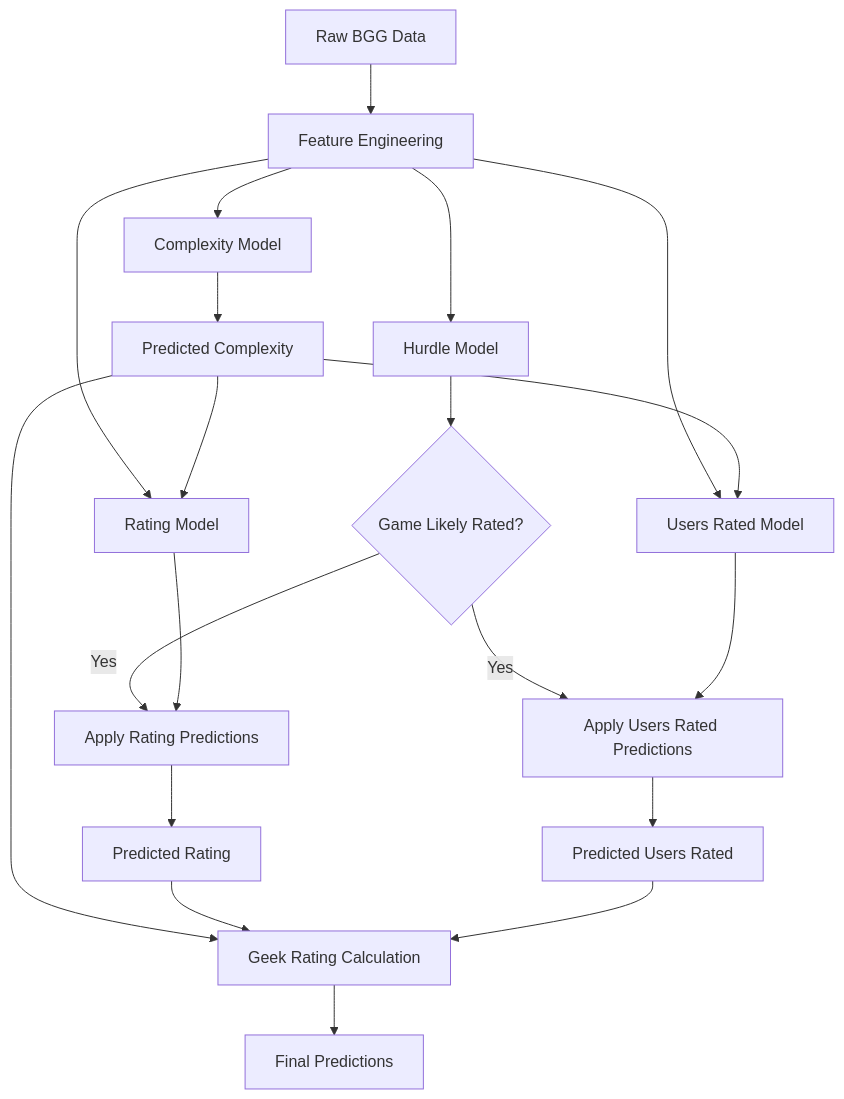
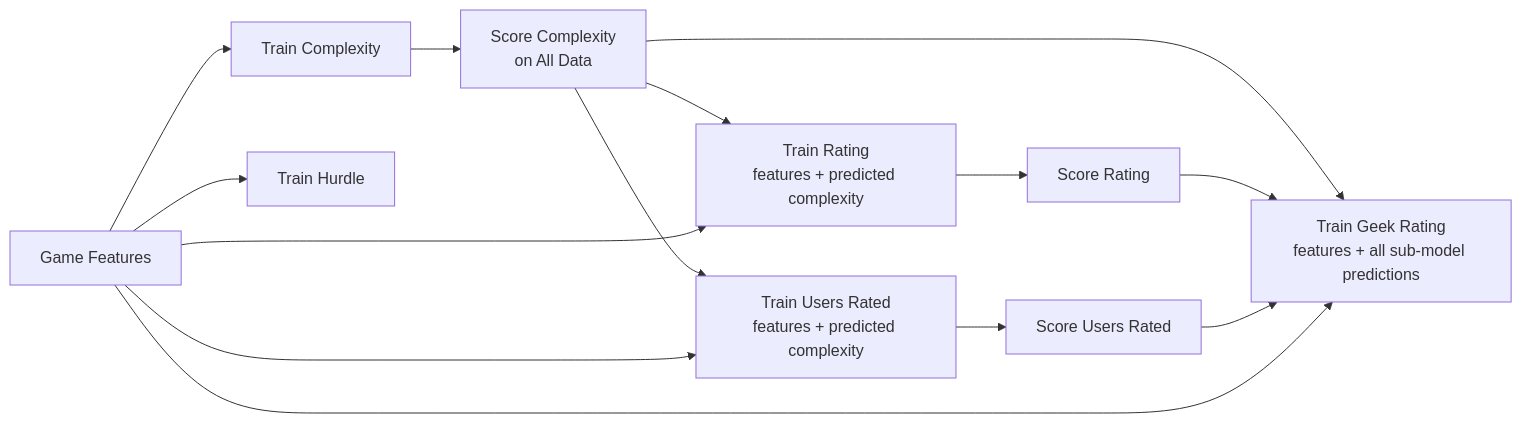
One commit to phenrickson/bgg-predictive-models changed the first of 3 diagrams in README.md. Above: the diagram before and after it, drawn with Mermaid. The commit also changed other lines of this file, not shown here.

````diff
--- a/README.md
+++ b/README.md
@@ -150,22 +190,16 @@
 ```mermaid
-flowchart TD
-    A[Raw BGG Data] --> B[Feature Engineering]
-    B --> C[Hurdle Model]
-    B --> D[Complexity Model]
-    D --> H[Predicted Complexity]
-    B --> F[Rating Model]
-    B --> G[Users Rated Model]
-    H --> F
-    H --> G
-    C --> E{Game Likely Rated?}
-    E -->|Yes| I[Apply Rating Predictions]
-    E -->|Yes| J[Apply Users Rated Predictions]
+flowchart LR
+    A[Game Features] --> B[Train Complexity]
+    A --> H[Train Hurdle]
+    B --> C[Score Complexity<br/>on All Data]
+    C --> D[Train Rating<br/>features + predicted complexity]
+    C --> E[Train Users Rated<br/>features + predicted complexity]
+    A --> D
+    A --> E
+    D --> F[Score Rating]
+    E --> G[Score Users Rated]
+    C --> I[Train Geek Rating<br/>features + all sub-model predictions]
     F --> I
-    G --> J
-    I --> K[Predicted Rating]
-    J --> L[Predicted Users Rated]
-    H --> M[Geek Rating Calculation]
-    K --> M
-    L --> M
-    M --> N[Final Predictions]
+    G --> I
+    A --> I
 ```
````
